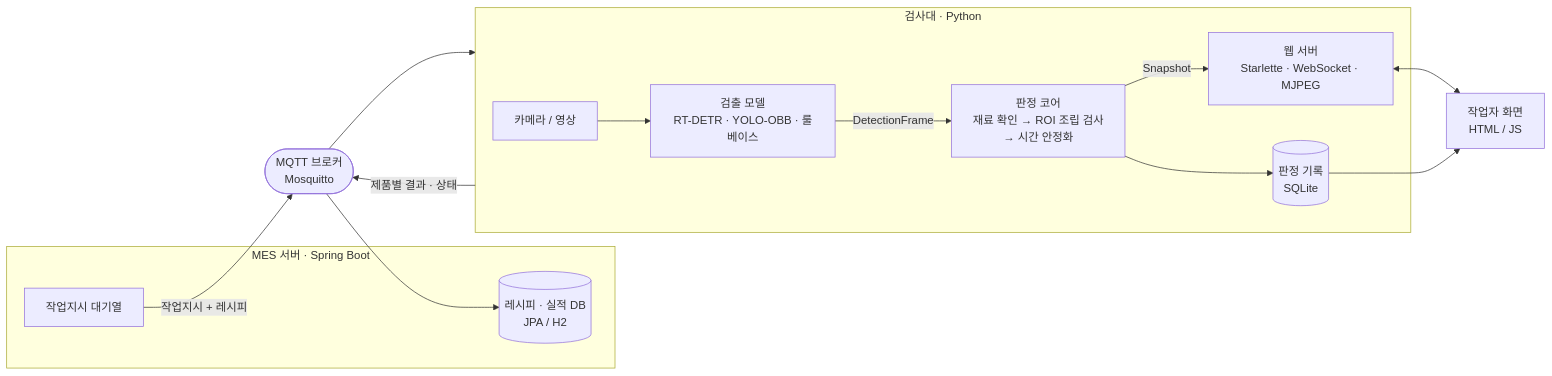
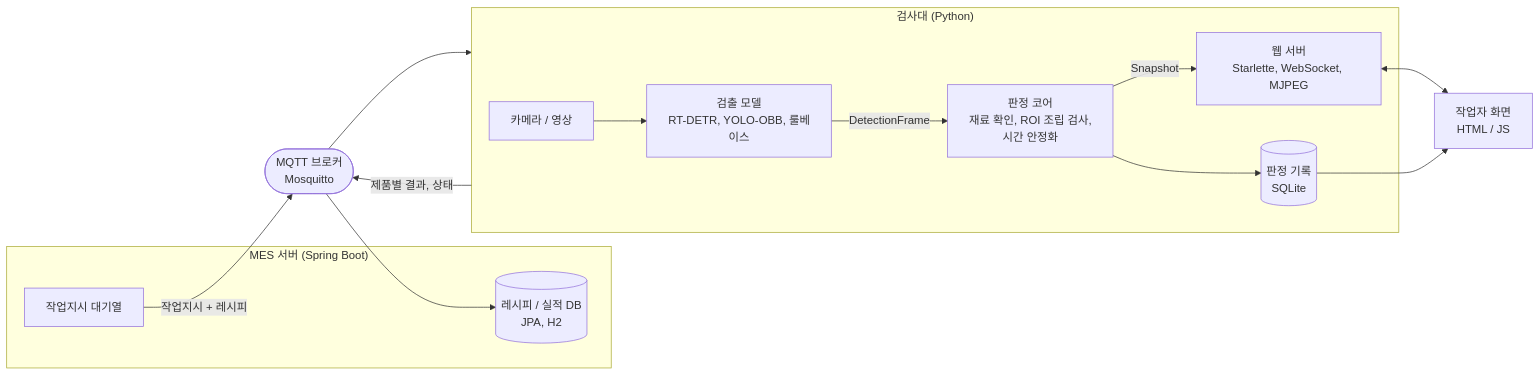
Before and after one commit to hmy7788/SmartFactory_Vision_Project2: the first of 2 diagrams in README.md, drawn with Mermaid. The commit also changed other lines of this file, not shown here.

````diff
--- a/README.md
+++ b/README.md
@@ -79,19 +71,19 @@
 ```mermaid
 flowchart LR
-    subgraph MES["MES 서버 · Spring Boot"]
+    subgraph MES["MES 서버 (Spring Boot)"]
         WO["작업지시 대기열"]
-        RDB[("레시피 · 실적 DB<br/>JPA / H2")]
+        RDB[("레시피 / 실적 DB<br/>JPA, H2")]
     end
     BROKER(["MQTT 브로커<br/>Mosquitto"])
-    subgraph STATION["검사대 · Python"]
-        CAM["카메라 / 영상"] --> DET["검출 모델<br/>RT-DETR · YOLO-OBB · 룰베이스"]
-        DET -->|"DetectionFrame"| CORE["판정 코어<br/>재료 확인 → ROI 조립 검사<br/>→ 시간 안정화"]
-        CORE -->|"Snapshot"| WEB["웹 서버<br/>Starlette · WebSocket · MJPEG"]
+    subgraph STATION["검사대 (Python)"]
+        CAM["카메라 / 영상"] --> DET["검출 모델<br/>RT-DETR, YOLO-OBB, 룰베이스"]
+        DET -->|"DetectionFrame"| CORE["판정 코어<br/>재료 확인, ROI 조립 검사,<br/>시간 안정화"]
+        CORE -->|"Snapshot"| WEB["웹 서버<br/>Starlette, WebSocket, MJPEG"]
         CORE --> STORE[("판정 기록<br/>SQLite")]
     end
     UI["작업자 화면<br/>HTML / JS"]
     WO -->|"작업지시 + 레시피"| BROKER --> STATION
-    STATION -->|"제품별 결과 · 상태"| BROKER --> RDB
+    STATION -->|"제품별 결과, 상태"| BROKER --> RDB
     WEB <--> UI
     STORE --> UI
 ```
````
